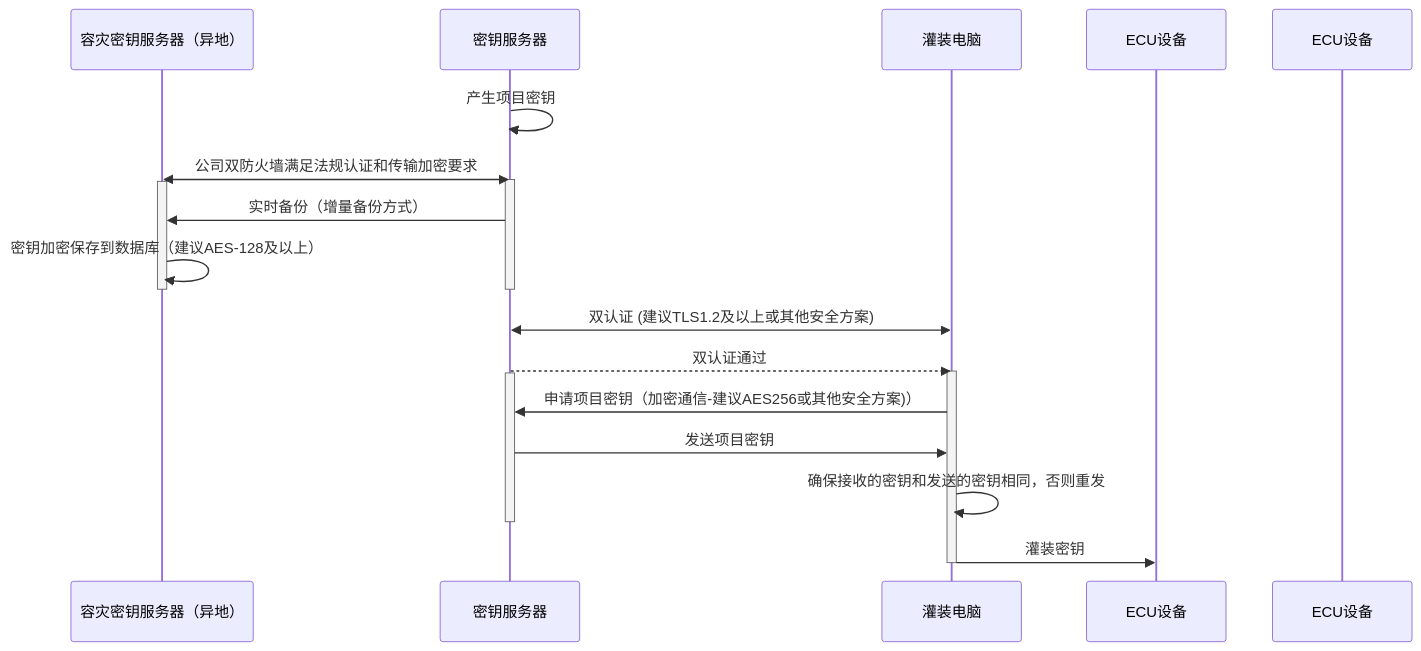
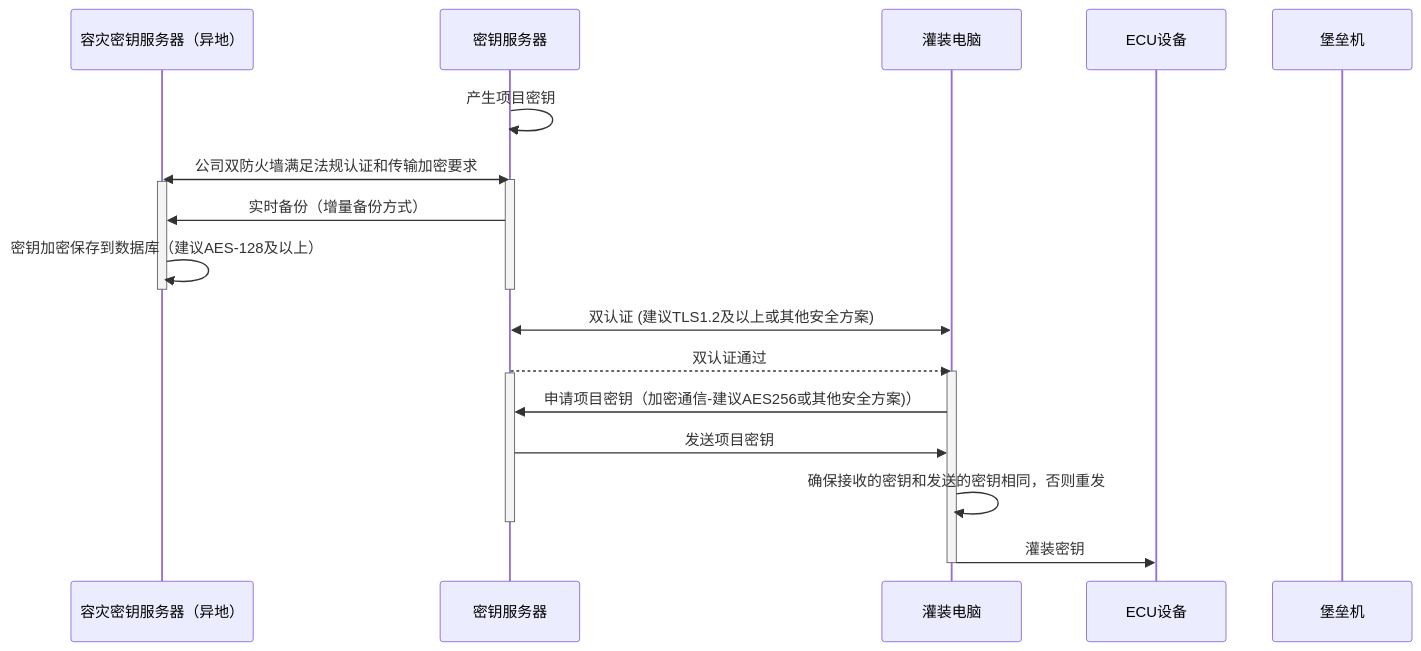
The diagram in all/未命名-15.md (facebook-cloud/iodraw-files), drawn with Mermaid before and after one commit.

Commit message:
2026-02-07 09:53:56 update

````diff
--- a/all/未命名-15.md
+++ b/all/未命名-15.md
@@ -1,30 +1,30 @@
 ```mermaid
 sequenceDiagram
     participant B as 容灾密钥服务器（异地）
     participant A as 密钥服务器
     participant C as 灌装电脑
     participant D as ECU设备
-    participant E as ECU设备
+    participant E as 堡垒机
 
     A->>A: 产生项目密钥
     A<<->>B: 公司双防火墙满足法规认证和传输加密要求
     activate A
     activate B
     A->>B: 实时备份（增量备份方式）
     B->>B: 密钥加密保存到数据库（建议AES-128及以上）
     deactivate B
     deactivate A
 
     C<<->>A: 双认证 (建议TLS1.2及以上或其他安全方案)
     A-->>C: 双认证通过
     activate C
     activate A
     C->>A: 申请项目密钥（加密通信-建议AES256或其他安全方案)）
     A->>C: 发送项目密钥
 
     C->>C: 确保接收的密钥和发送的密钥相同，否则重发
     deactivate A
     C->>D: 灌装密钥
     deactivate C
 
 ```
````
